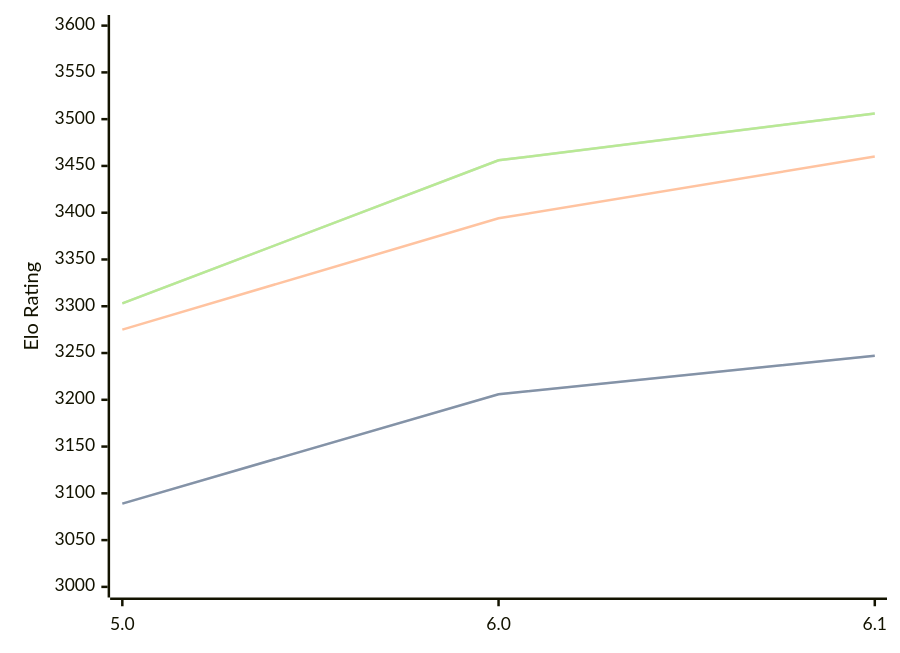
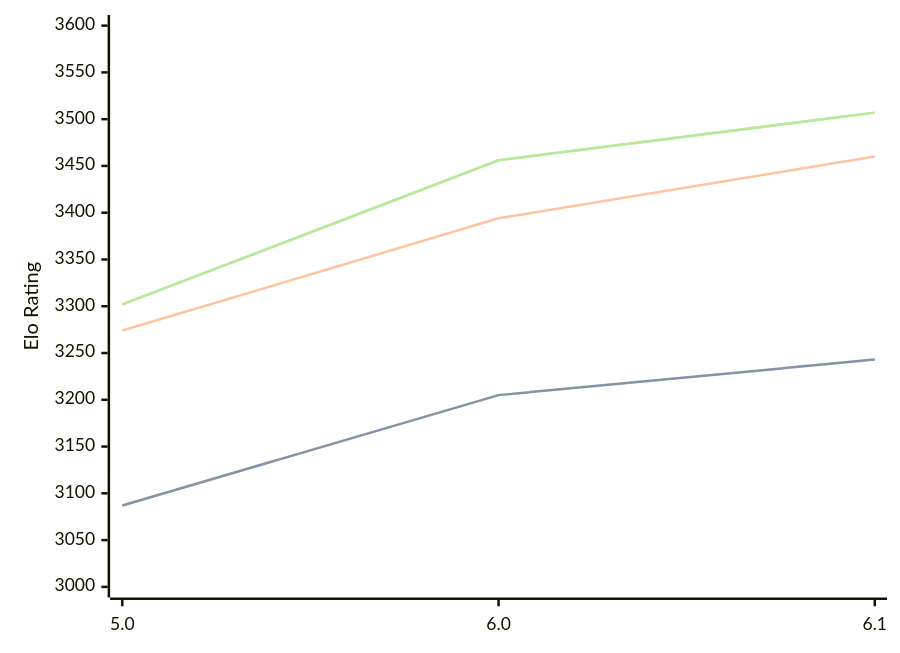
One commit to computer-chess-index/cci changed the diagram in engines/PZChessBot.md. Above: the diagram before and after it, drawn with Mermaid. The commit also changed other lines of this file, not shown here.

Commit message:
Update CCI Ratings (ELO VLTC) - 2026-02-18

````diff
--- a/engines/PZChessBot.md
+++ b/engines/PZChessBot.md
@@ -39,11 +39,11 @@
 ```mermaid
 %%{init: {"theme":"base","themeVariables":{"seriesColors:['#a3a3a3','#222221','#faa371']}}}%%
 xychart-beta
   x-axis ["5.0", "6.0", "6.1"]
   y-axis "Elo Rating" 3000 --> 3600
-  line "STC (8.0+0.08s)" [3089, 3206, 3247]
-  line "STC (8.0+0.08s)" [3089, 3206, 3247]
-  line "LTC (60.0+0.60s)" [3275, 3394, 3460]
-  line "VLTC (2m24s+1.12s)" [3303, 3456, 3506]
-  line "VLTC (2m24s+1.12s)" [3303, 3456, 3506]
+  line "STC (8.0+0.08s)" [3087, 3205, 3243]
+  line "STC (8.0+0.08s)" [3087, 3205, 3243]
+  line "LTC (60.0+0.60s)" [3274, 3394, 3460]
+  line "VLTC (2m24s+1.12s)" [3302, 3456, 3507]
+  line "VLTC (2m24s+1.12s)" [3302, 3456, 3507]
 ```
````
